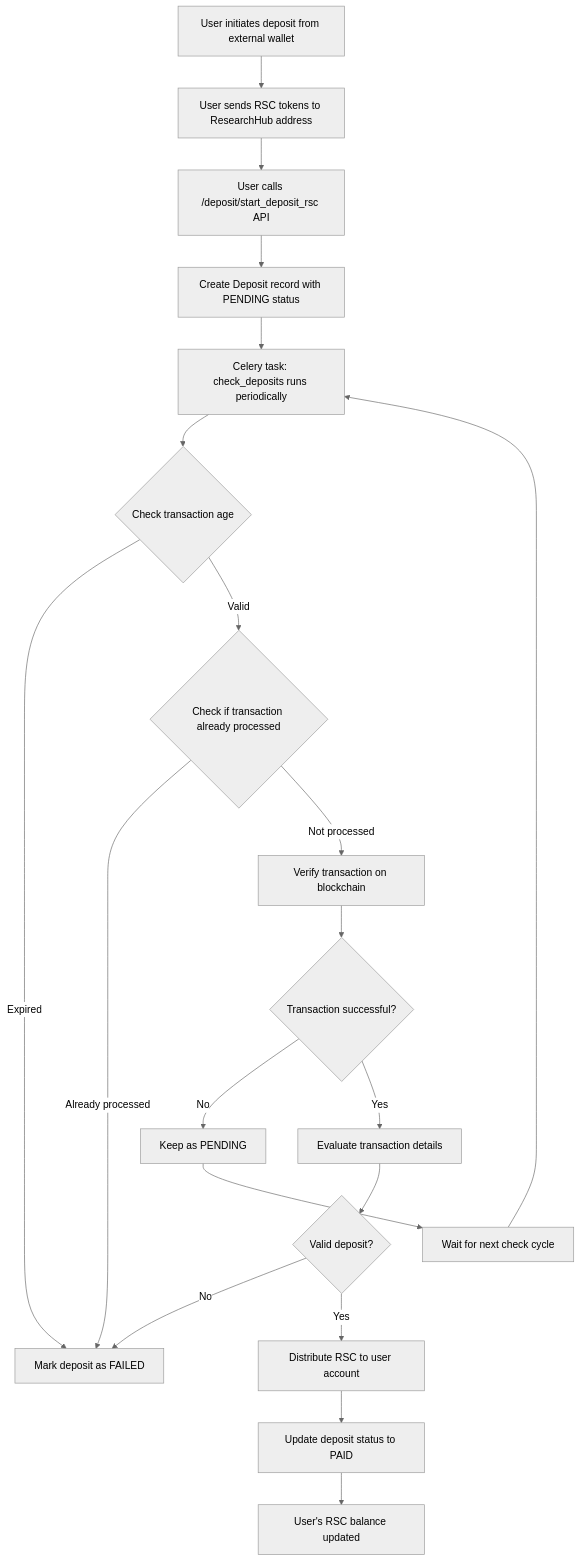
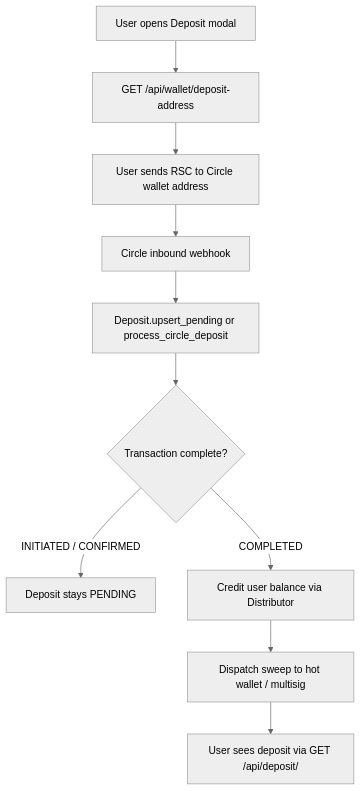
Before and after one commit to ResearchHub/researchhub-backend: the diagram in docs/DEPOSIT_FLOW.md, drawn with Mermaid (neutral theme). The commit also changed other lines of this file and 5 other files, not shown here.

Commit message:
chore(deposit): remove legacy start_deposit_rsc and check_deposits

````diff
--- a/docs/DEPOSIT_FLOW.md
+++ b/docs/DEPOSIT_FLOW.md
@@ -8,28 +11,12 @@
 ```mermaid
 flowchart TD
-    A[User initiates deposit from external wallet] --> B[User sends RSC tokens to ResearchHub address]
-    B --> C[User calls /deposit/start_deposit_rsc API]
-    C --> D[Create Deposit record with PENDING status]
-    D --> E[Celery task: check_deposits runs periodically]
-
-    E --> F{Check transaction age}
-    F -->|Expired| G[Mark deposit as FAILED]
-    F -->|Valid| H{Check if transaction already processed}
-
-    H -->|Already processed| G
-    H -->|Not processed| I[Verify transaction on blockchain]
-
-    I --> J{Transaction successful?}
-    J -->|No| K[Keep as PENDING]
-    J -->|Yes| L[Evaluate transaction details]
-
-    L --> M{Valid deposit?}
-    M -->|No| G
-    M -->|Yes| N[Distribute RSC to user account]
-
-    N --> O[Update deposit status to PAID]
-    O --> P[User's RSC balance updated]
-
-    K --> Q[Wait for next check cycle]
-    Q --> E
+    A[User opens Deposit modal] --> B[GET /api/wallet/deposit-address]
+    B --> C[User sends RSC to Circle wallet address]
+    C --> D[Circle inbound webhook]
+    D --> E[Deposit.upsert_pending or process_circle_deposit]
+    E --> F{Transaction complete?}
+    F -->|INITIATED / CONFIRMED| G[Deposit stays PENDING]
+    F -->|COMPLETED| H[Credit user balance via Distributor]
+    H --> I[Dispatch sweep to hot wallet / multisig]
+    I --> J[User sees deposit via GET /api/deposit/]
 ```
````
